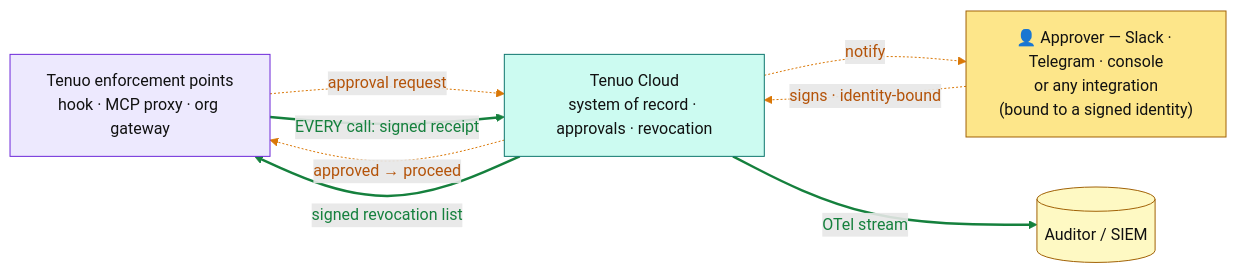
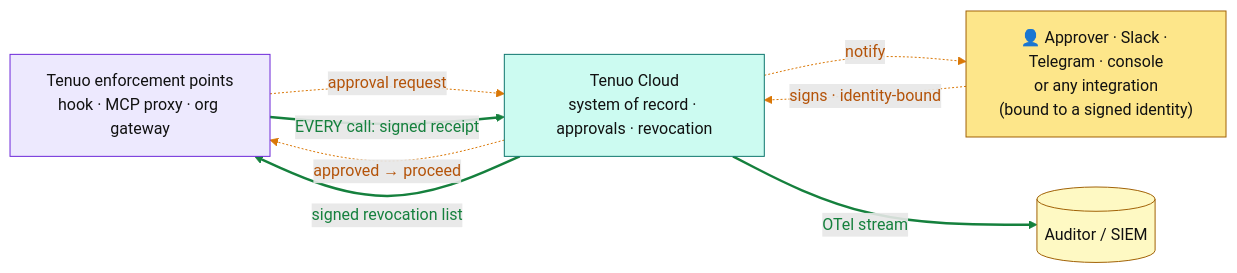
The third of 3 diagrams in docs/ENTERPRISE.md (tenuo-ai/claude-governance), drawn with Mermaid before and after one commit. The commit also changed other lines of this file, not shown here.

````diff
--- a/docs/ENTERPRISE.md
+++ b/docs/ENTERPRISE.md
@@ -108,22 +108,22 @@
 ```mermaid
 flowchart LR
     ENF["Tenuo enforcement points<br/>hook · MCP proxy · org gateway"]:::it
     CP["Tenuo Cloud<br/>system of record · approvals · revocation"]:::tenuo
-    APPR["👤 Approver — Slack · Telegram · console<br/>or any integration<br/>(bound to a signed identity)"]:::human
+    APPR["👤 Approver · Slack · Telegram · console<br/>or any integration<br/>(bound to a signed identity)"]:::human
     AUD[("Auditor / SIEM")]:::evidence
 
     ENF -.->|"approval request"| CP
     CP -.->|"notify"| APPR
     APPR -.->|"signs · identity-bound"| CP
     CP -.->|"approved → proceed"| ENF
     ENF ==>|"EVERY call: signed receipt"| CP
     CP ==>|"OTel stream"| AUD
     CP ==>|"signed revocation list"| ENF
 
     classDef it fill:#ede9fe,stroke:#6d28d9,color:#111
     classDef tenuo fill:#ccfbf1,stroke:#0f766e,color:#111
     classDef human fill:#fde68a,stroke:#a16207,color:#111
     classDef evidence fill:#fef9c3,stroke:#a16207,color:#111
     linkStyle 0,1,2,3 stroke:#d97706,color:#b45309
     linkStyle 4,5,6 stroke:#15803d,color:#15803d,stroke-width:2.5px
 ```
````
